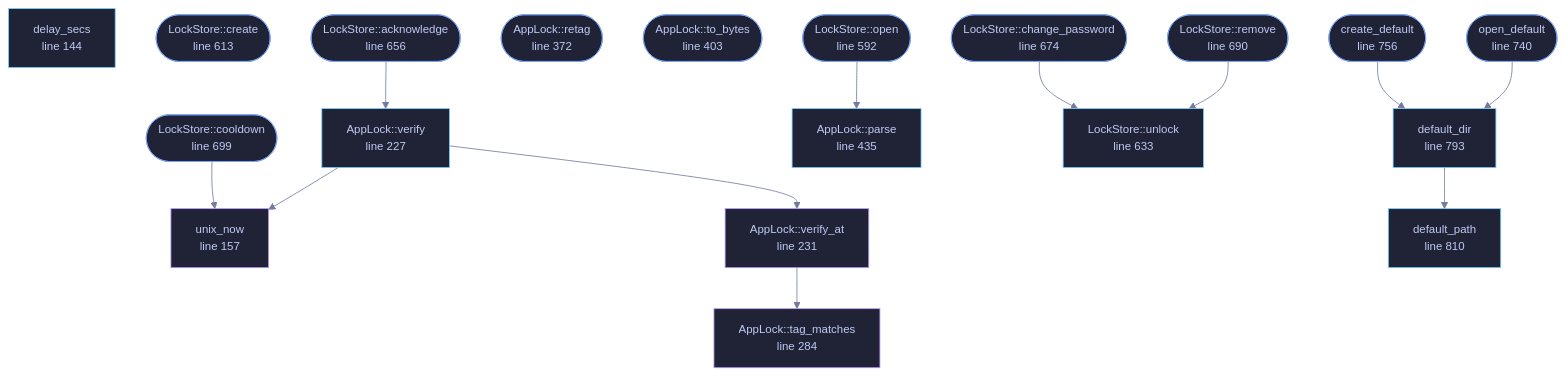
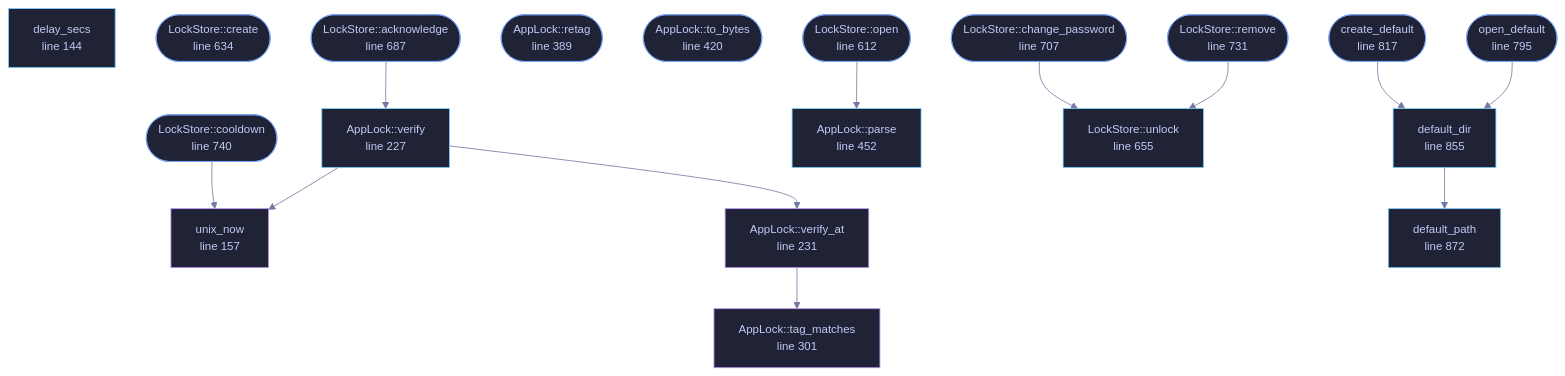
One commit to tilas01/veilvoice changed the diagram in docs/files/veilvoice-crypto/lock.md. Above: the diagram before and after it, drawn with Mermaid. The commit also changed other lines of this file and 58 other files, not shown here.

````diff
--- a/docs/files/veilvoice-crypto/lock.md
+++ b/docs/files/veilvoice-crypto/lock.md
@@ -186,65 +188,65 @@
 ```mermaid
 %%{init: {"theme":"base","themeVariables":{"background":"#1a1b26","primaryColor":"#1f2335","primaryTextColor":"#c0caf5","primaryBorderColor":"#7aa2f7","secondaryColor":"#16161e","tertiaryColor":"#16161e","lineColor":"#737aa2","textColor":"#c0caf5","mainBkg":"#1f2335","nodeBorder":"#7aa2f7","clusterBkg":"#16161e","clusterBorder":"#2f3549","fontFamily":"ui-monospace, SFMono-Regular, Consolas, monospace","fontSize":"14px"}}}%%
 flowchart TD
     n_delay_secs["delay_secs<br/>line 144"]
     n_unix_now["unix_now<br/>line 157"]
     n_create(["AppLock::create<br/>line 201"])
     n_verify["AppLock::verify<br/>line 227"]
     n_verify_at["AppLock::verify_at<br/>line 231"]
-    n_acknowledge(["AppLock::acknowledge<br/>line 272"])
-    n_tag_matches["AppLock::tag_matches<br/>line 284"]
-    n_cooldown(["AppLock::cooldown<br/>line 312"])
-    n_retag(["AppLock::retag<br/>line 372"])
-    n_to_bytes(["AppLock::to_bytes<br/>line 403"])
-    n_parse["AppLock::parse<br/>line 435"]
-    n_open(["LockStore::open<br/>line 592"])
-    n_create(["LockStore::create<br/>line 613"])
-    n_unlock["LockStore::unlock<br/>line 633"]
-    n_acknowledge(["LockStore::acknowledge<br/>line 656"])
-    n_change_password(["LockStore::change_password<br/>line 674"])
-    n_remove(["LockStore::remove<br/>line 690"])
-    n_cooldown(["LockStore::cooldown<br/>line 699"])
-    n_open_default(["open_default<br/>line 740"])
-    n_create_default(["create_default<br/>line 756"])
-    n_default_dir["default_dir<br/>line 793"]
-    n_default_path["default_path<br/>line 810"]
+    n_acknowledge(["AppLock::acknowledge<br/>line 289"])
+    n_tag_matches["AppLock::tag_matches<br/>line 301"]
+    n_cooldown(["AppLock::cooldown<br/>line 329"])
+    n_retag(["AppLock::retag<br/>line 389"])
+    n_to_bytes(["AppLock::to_bytes<br/>line 420"])
+    n_parse["AppLock::parse<br/>line 452"]
+    n_open(["LockStore::open<br/>line 612"])
+    n_create(["LockStore::create<br/>line 634"])
+    n_unlock["LockStore::unlock<br/>line 655"]
+    n_acknowledge(["LockStore::acknowledge<br/>line 687"])
+    n_change_password(["LockStore::change_password<br/>line 707"])
+    n_remove(["LockStore::remove<br/>line 731"])
+    n_cooldown(["LockStore::cooldown<br/>line 740"])
+    n_open_default(["open_default<br/>line 795"])
+    n_create_default(["create_default<br/>line 817"])
+    n_default_dir["default_dir<br/>line 855"]
+    n_default_path["default_path<br/>line 872"]
     n_acknowledge --> n_verify
     n_change_password --> n_unlock
     n_cooldown --> n_unix_now
     n_create_default --> n_default_dir
     n_default_dir --> n_default_path
     n_open --> n_parse
     n_open_default --> n_default_dir
     n_remove --> n_unlock
     n_verify --> n_unix_now
     n_verify --> n_verify_at
     n_verify_at --> n_tag_matches
     click n_delay_secs href "https://github.com/tilas01/veilvoice/blob/main/crates/veilvoice-crypto/src/lock.rs#L144" "open the source"
     click n_unix_now href "https://github.com/tilas01/veilvoice/blob/main/crates/veilvoice-crypto/src/lock.rs#L157" "open the source"
     click n_create href "https://github.com/tilas01/veilvoice/blob/main/crates/veilvoice-crypto/src/lock.rs#L201" "open the source"
     click n_verify href "https://github.com/tilas01/veilvoice/blob/main/crates/veilvoice-crypto/src/lock.rs#L227" "open the source"
     click n_verify_at href "https://github.com/tilas01/veilvoice/blob/main/crates/veilvoice-crypto/src/lock.rs#L231" "open the source"
-    click n_acknowledge href "https://github.com/tilas01/veilvoice/blob/main/crates/veilvoice-crypto/src/lock.rs#L272" "open the source"
-    click n_tag_matches href "https://github.com/tilas01/veilvoice/blob/main/crates/veilvoice-crypto/src/lock.rs#L284" "open the source"
-    click n_cooldown href "https://github.com/tilas01/veilvoice/blob/main/crates/veilvoice-crypto/src/lock.rs#L312" "open the source"
-    click n_retag href "https://github.com/tilas01/veilvoice/blob/main/crates/veilvoice-crypto/src/lock.rs#L372" "open the source"
-    click n_to_bytes href "https://github.com/tilas01/veilvoice/blob/main/crates/veilvoice-crypto/src/lock.rs#L403" "open the source"
-    click n_parse href "https://github.com/tilas01/veilvoice/blob/main/crates/veilvoice-crypto/src/lock.rs#L435" "open the source"
-    click n_open href "https://github.com/tilas01/veilvoice/blob/main/crates/veilvoice-crypto/src/lock.rs#L592" "open the source"
-    click n_create href "https://github.com/tilas01/veilvoice/blob/main/crates/veilvoice-crypto/src/lock.rs#L613" "open the source"
-    click n_unlock href "https://github.com/tilas01/veilvoice/blob/main/crates/veilvoice-crypto/src/lock.rs#L633" "open the source"
-    click n_acknowledge href "https://github.com/tilas01/veilvoice/blob/main/crates/veilvoice-crypto/src/lock.rs#L656" "open the source"
-    click n_change_password href "https://github.com/tilas01/veilvoice/blob/main/crates/veilvoice-crypto/src/lock.rs#L674" "open the source"
-    click n_remove href "https://github.com/tilas01/veilvoice/blob/main/crates/veilvoice-crypto/src/lock.rs#L690" "open the source"
-    click n_cooldown href "https://github.com/tilas01/veilvoice/blob/main/crates/veilvoice-crypto/src/lock.rs#L699" "open the source"
-    click n_open_default href "https://github.com/tilas01/veilvoice/blob/main/crates/veilvoice-crypto/src/lock.rs#L740" "open the source"
-    click n_create_default href "https://github.com/tilas01/veilvoice/blob/main/crates/veilvoice-crypto/src/lock.rs#L756" "open the source"
-    click n_default_dir href "https://github.com/tilas01/veilvoice/blob/main/crates/veilvoice-crypto/src/lock.rs#L793" "open the source"
-    click n_default_path href "https://github.com/tilas01/veilvoice/blob/main/crates/veilvoice-crypto/src/lock.rs#L810" "open the source"
+    click n_acknowledge href "https://github.com/tilas01/veilvoice/blob/main/crates/veilvoice-crypto/src/lock.rs#L289" "open the source"
+    click n_tag_matches href "https://github.com/tilas01/veilvoice/blob/main/crates/veilvoice-crypto/src/lock.rs#L301" "open the source"
+    click n_cooldown href "https://github.com/tilas01/veilvoice/blob/main/crates/veilvoice-crypto/src/lock.rs#L329" "open the source"
+    click n_retag href "https://github.com/tilas01/veilvoice/blob/main/crates/veilvoice-crypto/src/lock.rs#L389" "open the source"
+    click n_to_bytes href "https://github.com/tilas01/veilvoice/blob/main/crates/veilvoice-crypto/src/lock.rs#L420" "open the source"
+    click n_parse href "https://github.com/tilas01/veilvoice/blob/main/crates/veilvoice-crypto/src/lock.rs#L452" "open the source"
+    click n_open href "https://github.com/tilas01/veilvoice/blob/main/crates/veilvoice-crypto/src/lock.rs#L612" "open the source"
+    click n_create href "https://github.com/tilas01/veilvoice/blob/main/crates/veilvoice-crypto/src/lock.rs#L634" "open the source"
+    click n_unlock href "https://github.com/tilas01/veilvoice/blob/main/crates/veilvoice-crypto/src/lock.rs#L655" "open the source"
+    click n_acknowledge href "https://github.com/tilas01/veilvoice/blob/main/crates/veilvoice-crypto/src/lock.rs#L687" "open the source"
+    click n_change_password href "https://github.com/tilas01/veilvoice/blob/main/crates/veilvoice-crypto/src/lock.rs#L707" "open the source"
+    click n_remove href "https://github.com/tilas01/veilvoice/blob/main/crates/veilvoice-crypto/src/lock.rs#L731" "open the source"
+    click n_cooldown href "https://github.com/tilas01/veilvoice/blob/main/crates/veilvoice-crypto/src/lock.rs#L740" "open the source"
+    click n_open_default href "https://github.com/tilas01/veilvoice/blob/main/crates/veilvoice-crypto/src/lock.rs#L795" "open the source"
+    click n_create_default href "https://github.com/tilas01/veilvoice/blob/main/crates/veilvoice-crypto/src/lock.rs#L817" "open the source"
+    click n_default_dir href "https://github.com/tilas01/veilvoice/blob/main/crates/veilvoice-crypto/src/lock.rs#L855" "open the source"
+    click n_default_path href "https://github.com/tilas01/veilvoice/blob/main/crates/veilvoice-crypto/src/lock.rs#L872" "open the source"
     classDef entry fill:#1f2335,stroke:#7aa2f7,color:#c0caf5
     class n_create,n_acknowledge,n_cooldown,n_retag,n_to_bytes,n_open,n_create,n_acknowledge,n_change_password,n_remove,n_cooldown,n_open_default,n_create_default entry
     classDef api fill:#1f2335,stroke:#7dcfff,color:#c0caf5
     class n_delay_secs,n_verify,n_parse,n_unlock,n_default_dir,n_default_path api
     classDef helper fill:#1f2335,stroke:#bb9af7,color:#c0caf5
     class n_unix_now,n_verify_at,n_tag_matches helper
 ```
````
